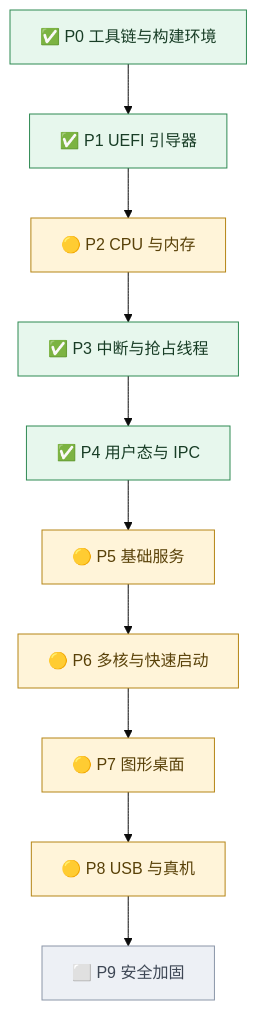
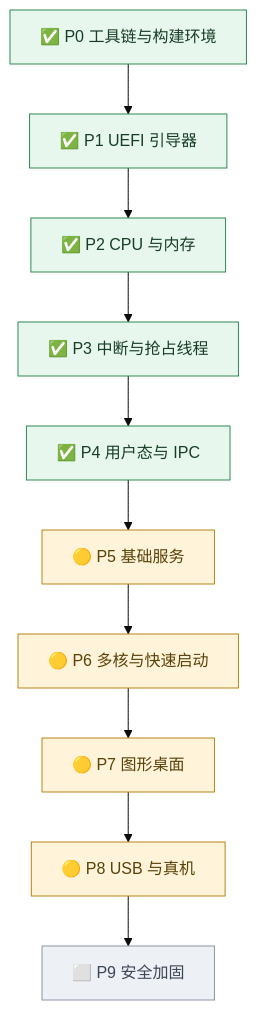
One commit to EDarcyWong/dongos changed the first of 3 diagrams in coordination/dongos_works/progress-map.md. Above: the diagram before and after it, drawn with Mermaid (base theme). The commit also changed other lines of this file and 196 other files, not shown here.

````diff
--- a/coordination/dongos_works/progress-map.md
+++ b/coordination/dongos_works/progress-map.md
@@ -13,28 +13,28 @@
 ```mermaid
 flowchart TD
     P0["✅ P0 工具链与构建环境"]
     P1["✅ P1 UEFI 引导器"]
     P0 --> P1
-    P2["🟡 P2 CPU 与内存"]
+    P2["✅ P2 CPU 与内存"]
     P1 --> P2
     P3["✅ P3 中断与抢占线程"]
     P2 --> P3
     P4["✅ P4 用户态与 IPC"]
     P3 --> P4
     P5["🟡 P5 基础服务"]
     P4 --> P5
     P6["🟡 P6 多核与快速启动"]
     P5 --> P6
     P7["🟡 P7 图形桌面"]
     P6 --> P7
     P8["🟡 P8 USB 与真机"]
     P7 --> P8
     P9["⬜ P9 安全加固"]
     P8 --> P9
     classDef complete fill:#e7f7ed,stroke:#2f8a53,color:#183d26;
     classDef partial fill:#fff4d9,stroke:#b58516,color:#594108;
     classDef pending fill:#edf0f5,stroke:#8b96a8,color:#3d4654;
-    class P0,P1,P3,P4 complete;
-    class P2,P5,P6,P7,P8 partial;
+    class P0,P1,P2,P3,P4 complete;
+    class P5,P6,P7,P8 partial;
     class P9 pending;
 ```
````
